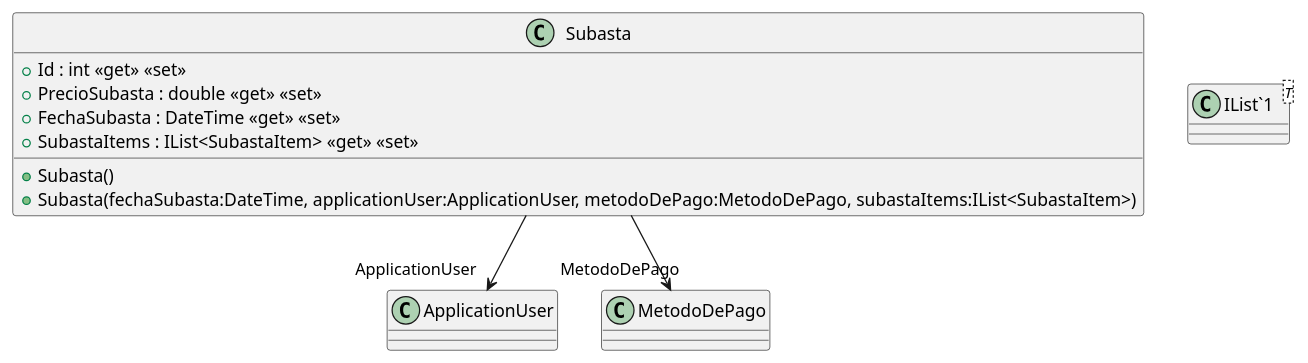
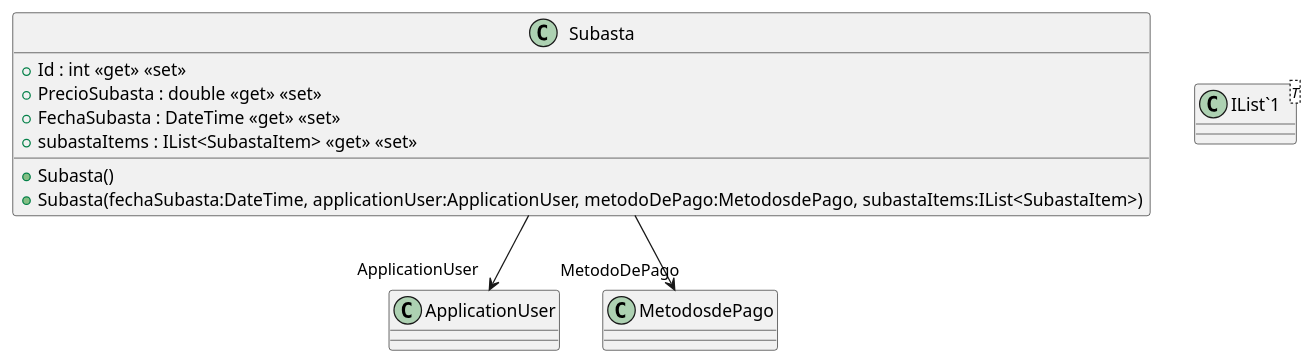
One commit to ISII2627IntegraSolutions/ISII2627IntegraSolutions changed the diagram in src/AppForSEII.API/ClassDiagram/Subasta.puml. Above: the diagram before and after it, drawn with PlantUML. The commit also changed 19 other files, not shown here.

```diff
--- a/src/AppForSEII.API/ClassDiagram/Subasta.puml
+++ b/src/AppForSEII.API/ClassDiagram/Subasta.puml
@@ -1,14 +1,14 @@
 @startuml
 class Subasta {
     + Subasta()
-    + Subasta(fechaSubasta:DateTime, applicationUser:ApplicationUser, metodoDePago:MetodoDePago, subastaItems:IList<SubastaItem>)
+    + Subasta(fechaSubasta:DateTime, applicationUser:ApplicationUser, metodoDePago:MetodosdePago, subastaItems:IList<SubastaItem>)
     + Id : int <<get>> <<set>>
     + PrecioSubasta : double <<get>> <<set>>
     + FechaSubasta : DateTime <<get>> <<set>>
-    + SubastaItems : IList<SubastaItem> <<get>> <<set>>
+    + subastaItems : IList<SubastaItem> <<get>> <<set>>
 }
 class "IList`1"<T> {
 }
 Subasta --> "ApplicationUser" ApplicationUser
-Subasta --> "MetodoDePago" MetodoDePago
+Subasta --> "MetodoDePago" MetodosdePago
 @enduml
```
